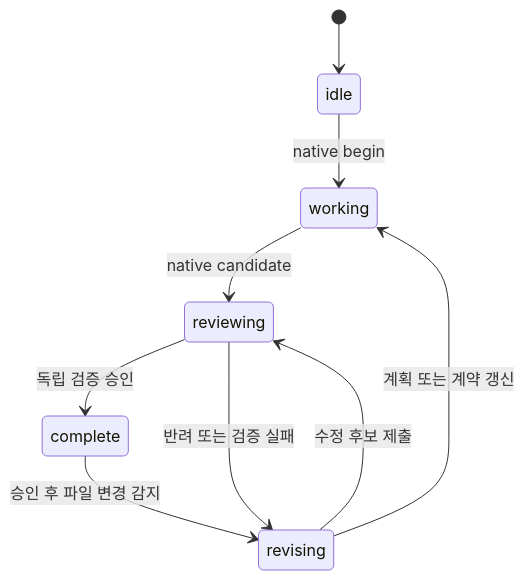
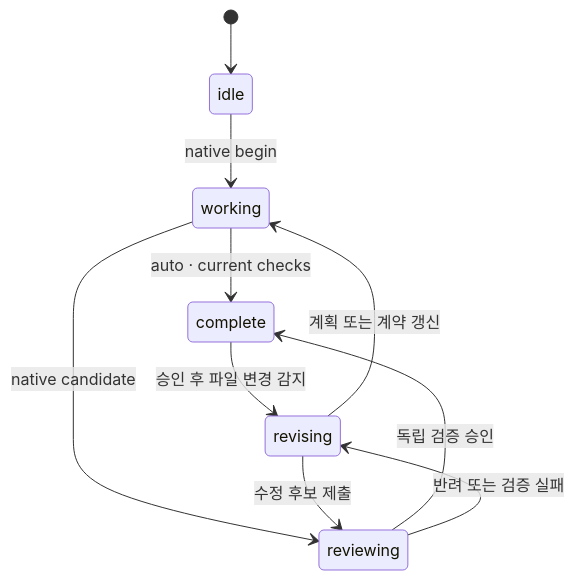
One commit to jsk1004ha/ADHD changed the third of 5 diagrams in README.md. Above: the diagram before and after it, drawn with Mermaid. The commit also changed other lines of this file and 50 other files, not shown here.

````diff
--- a/README.md
+++ b/README.md
@@ -232,14 +234,15 @@
 ```mermaid
 stateDiagram-v2
     accTitle: Native task review lifecycle
     accDescr: Work progresses from a contract to a frozen candidate and independent review. Rejected or changed artifacts return to revision; interruption states preserve the contract.
     direction TB
     [*] --> idle
     idle --> working: native begin
+    working --> complete: auto · current checks
     working --> reviewing: native candidate
     reviewing --> complete: 독립 검증 승인
     reviewing --> revising: 반려 또는 검증 실패
     revising --> working: 계획 또는 계약 갱신
     revising --> reviewing: 수정 후보 제출
     complete --> revising: 승인 후 파일 변경 감지
 ```
````
